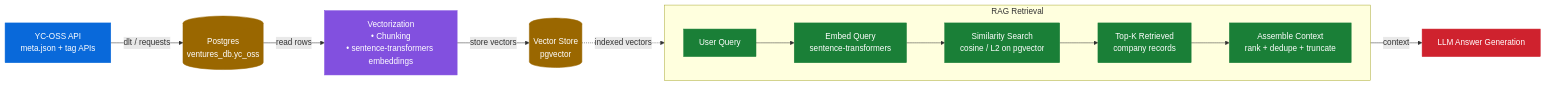
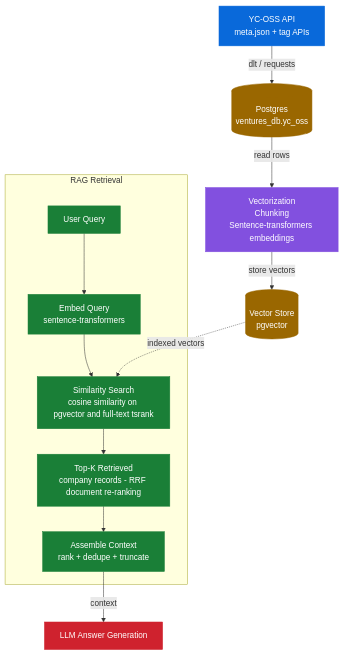
One commit to dakn2005/YC-Ventures-AI changed the second of 2 diagrams in Readme.md. Above: the diagram before and after it, drawn with Mermaid. The commit also changed other lines of this file and 50 other files, not shown here.

````diff
--- a/Readme.md
+++ b/Readme.md
@@ -50,30 +160,29 @@
 ```mermaid
-flowchart LR
+flowchart TD
     A["YC-OSS API<br/>meta.json + tag APIs"] -->|dlt / requests| B[("Postgres<br/>ventures_db.yc_oss")]
-    B -->|read rows| C["Vectorization<br/>• Chunking<br/>• sentence-transformers embeddings"]
+    B -->|read rows| C["Vectorization<br/>Chunking<br/>Sentence-transformers embeddings"]
     C -->|store vectors| D[("Vector Store<br/>pgvector")]
 
     subgraph RAG["RAG Retrieval"]
-        direction LR
         Q["User Query"] --> QE["Embed Query<br/>sentence-transformers"]
-        QE --> SIM["Similarity Search<br/>cosine / L2 on pgvector"]
-        SIM --> TOPK["Top-K Retrieved<br/>company records"]
+        QE --> SIM["Similarity Search<br/>cosine similarity on pgvector and full-text tsrank"]
+        SIM --> TOPK["Top-K Retrieved<br/>company records - RRF document re-ranking"]
         TOPK --> CTX["Assemble Context<br/>rank + dedupe + truncate"]
     end
 
     D -.->|indexed vectors| SIM
     CTX -->|context| F["LLM Answer Generation"]
 
     classDef api fill:#0969da,color:#ffffff,stroke:#0969da,stroke-width:1px;
     classDef db fill:#9a6700,color:#ffffff,stroke:#9a6700,stroke-width:1px;
     classDef vec fill:#8250df,color:#ffffff,stroke:#8250df,stroke-width:1px;
     classDef rag fill:#1a7f37,color:#ffffff,stroke:#1a7f37,stroke-width:1px;
     classDef gen fill:#cf222e,color:#ffffff,stroke:#cf222e,stroke-width:1px;
 
     class A api;
     class B,D db;
     class C vec;
     class Q,QE,SIM,TOPK,CTX rag;
     class F gen;
 
 ```
````
